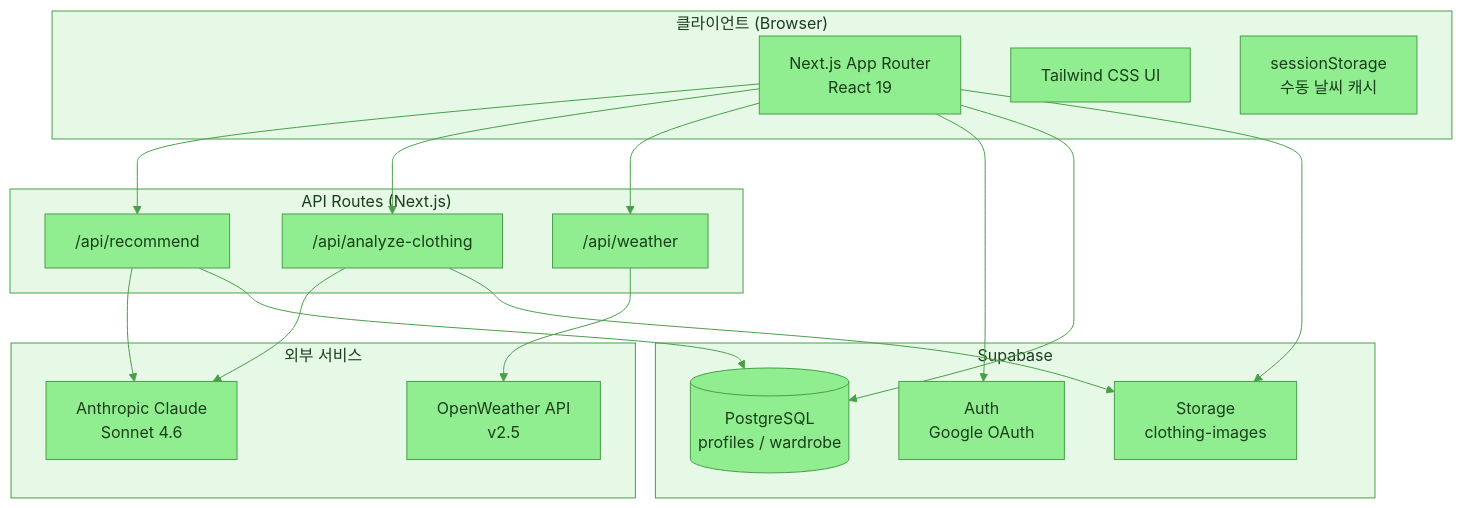
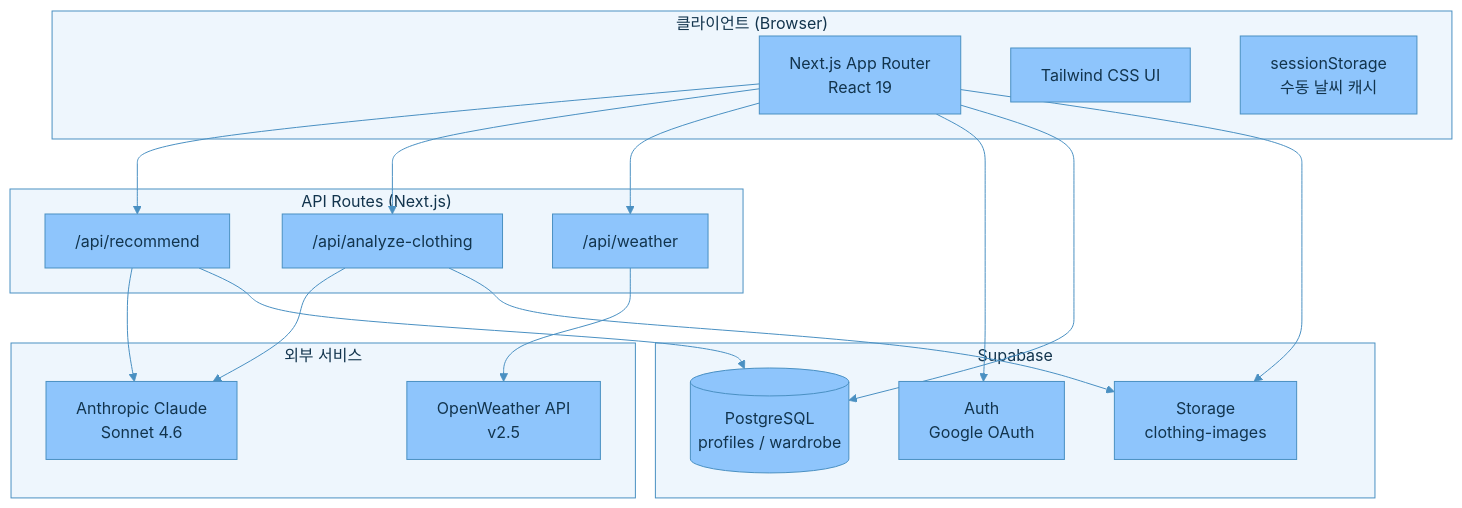
Before and after one commit to young017/weather: the first of 5 diagrams in README.md, drawn with Mermaid. The commit also changed other lines of this file, not shown here.

````diff
--- a/README.md
+++ b/README.md
@@ -23,38 +23,38 @@
 ```mermaid
-%%{init: {'theme': 'base', 'themeVariables': {'primaryColor': '#90EE90', 'primaryBorderColor': '#4a9e4a', 'primaryTextColor': '#1a3d1a', 'secondaryColor': '#c8f0c8', 'secondaryBorderColor': '#4a9e4a', 'tertiaryColor': '#e6f9e6', 'tertiaryBorderColor': '#4a9e4a', 'lineColor': '#4a9e4a', 'clusterBkg': '#e6f9e6', 'clusterBorder': '#4a9e4a', 'titleColor': '#1a3d1a', 'edgeLabelBackground': '#e6f9e6'}}}%%
+%%{init: {'theme': 'base', 'themeVariables': {'primaryColor': '#8EC5FC', 'primaryBorderColor': '#4A90C2', 'primaryTextColor': '#12344D', 'secondaryColor': '#D6EBFA', 'secondaryBorderColor': '#4A90C2', 'tertiaryColor': '#EEF6FD', 'tertiaryBorderColor': '#4A90C2', 'lineColor': '#4A90C2', 'clusterBkg': '#EEF6FD', 'clusterBorder': '#4A90C2', 'titleColor': '#12344D', 'edgeLabelBackground': '#EEF6FD'}}}%%
 graph TB
     subgraph Client["클라이언트 (Browser)"]
         A[Next.js App Router<br/>React 19]
         B[Tailwind CSS UI]
         C[sessionStorage<br/>수동 날씨 캐시]
     end
 
     subgraph API["API Routes (Next.js)"]
         D["/api/recommend"]
         E["/api/analyze-clothing"]
         F["/api/weather"]
     end
 
     subgraph External["외부 서비스"]
         G[Anthropic Claude<br/>Sonnet 4.6]
         H[OpenWeather API<br/>v2.5]
     end
 
     subgraph Supabase["Supabase"]
         I[(PostgreSQL<br/>profiles / wardrobe)]
         J[Storage<br/>clothing-images]
         K[Auth<br/>Google OAuth]
     end
 
     A --> D
     A --> E
     A --> F
     D --> G
     D --> I
     E --> G
     E --> J
     F --> H
     A --> K
     A --> I
     A --> J
 ```
````
